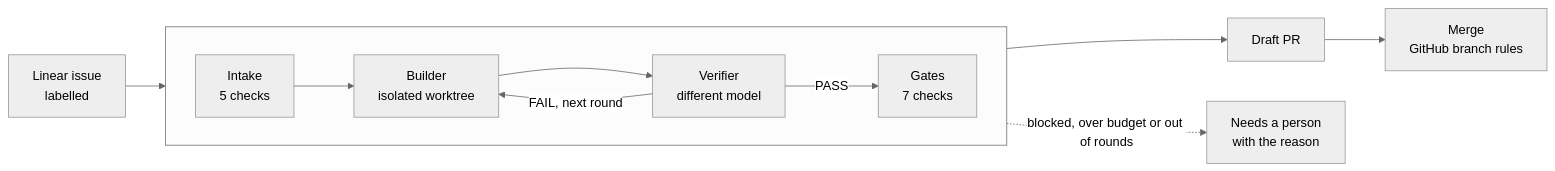
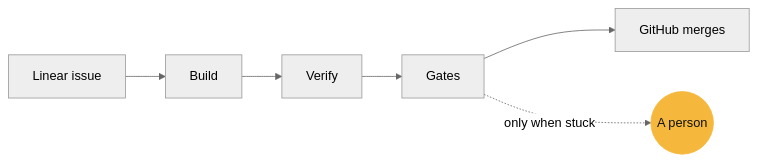
Before and after one commit to unattended-factory/unattended: the diagram in README.md, drawn with Mermaid (neutral theme). The commit also changed other lines of this file, not shown here.

````diff
--- a/README.md
+++ b/README.md
@@ -54,13 +34,9 @@
 ```mermaid
 flowchart LR
-    L[Linear issue<br/>labelled] --> pipe
-    subgraph pipe[" "]
-        direction LR
-        I[Intake<br/>5 checks] --> B[Builder<br/>isolated worktree]
-        B --> V[Verifier<br/>different model]
-        V -->|FAIL, next round| B
-        V -->|PASS| G[Gates<br/>7 checks]
-    end
-    G --> P[Draft PR] --> M[Merge<br/>GitHub branch rules]
-    pipe -. blocked, over budget or out of rounds .-> H[Needs a person<br/>with the reason]
+    A[Linear issue] --> B[Build]
+    B --> C[Verify]
+    C --> D[Gates]
+    D --> E[GitHub merges]
+    D -. only when stuck .-> F((A person))
+    style F fill:#f5b83d,stroke:#f5b83d,color:#0d1013
 ```
````
